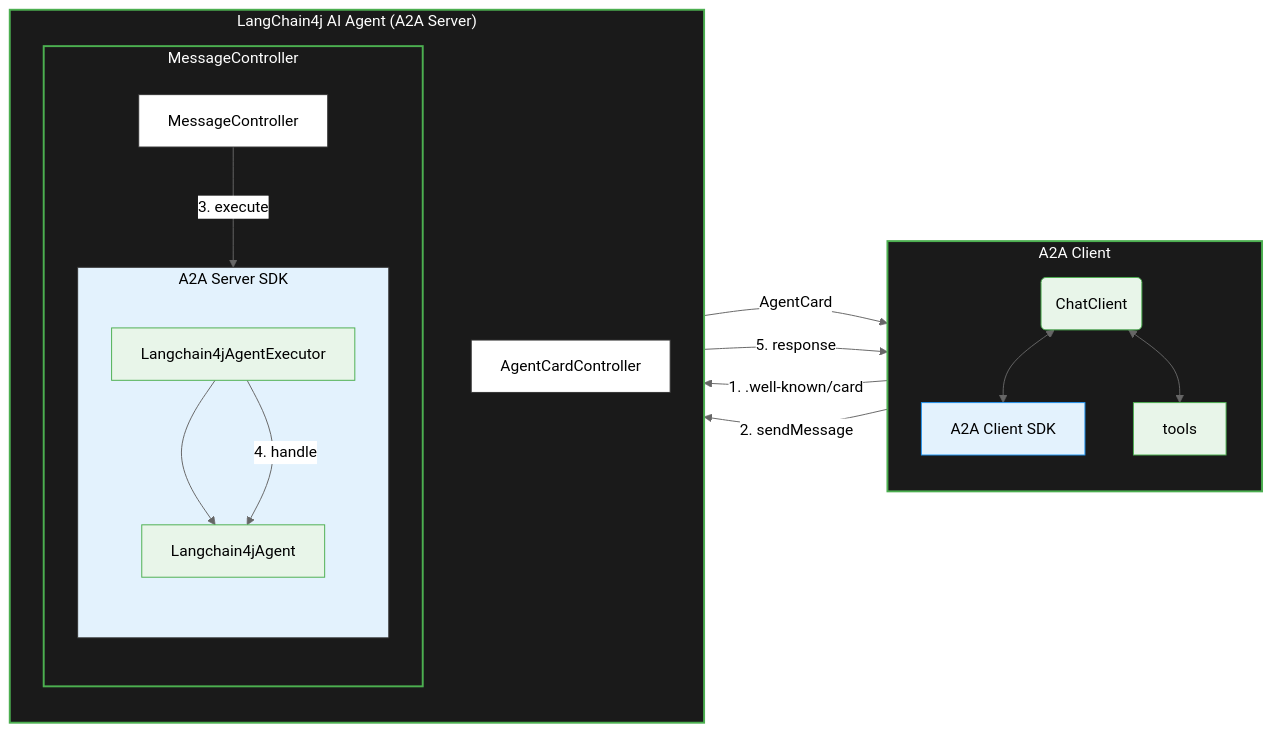
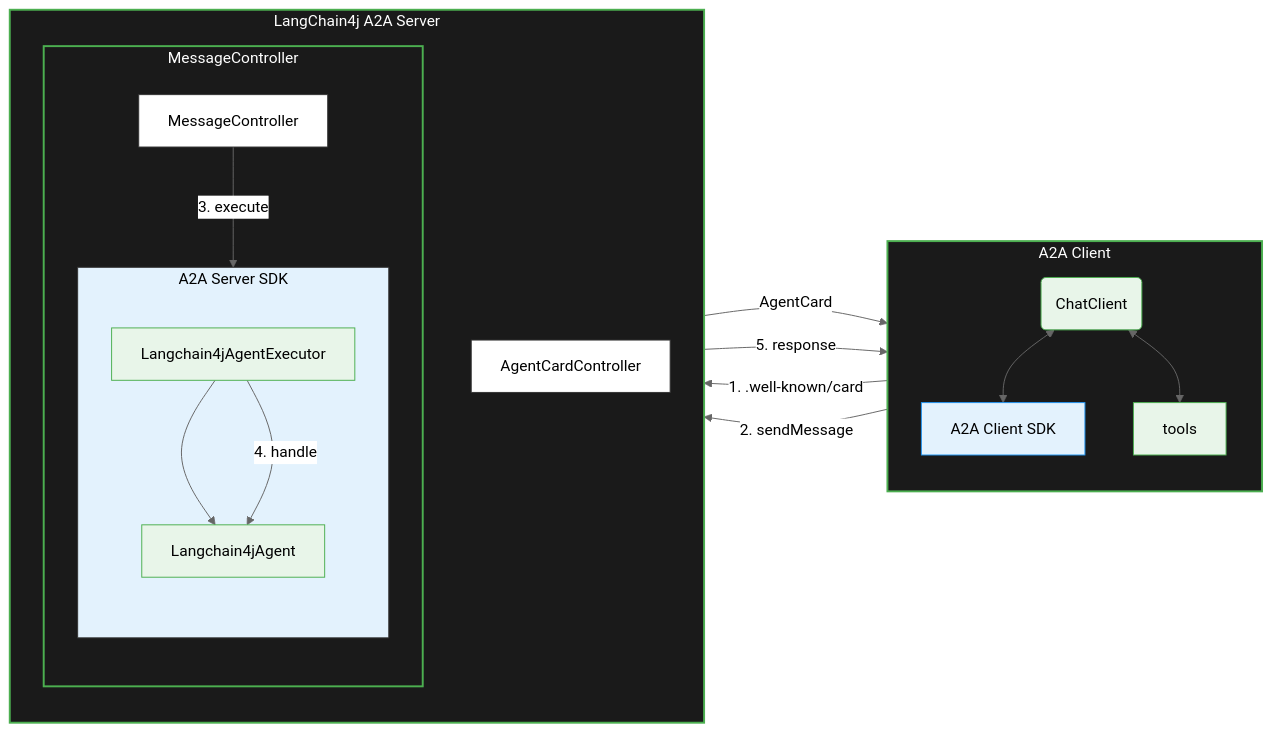
One commit to ashok-mac/ashok-mac.github.io changed the diagram in _posts/2026-04-12-a2a-langchain4j-spring.md. Above: the diagram before and after it, drawn with Mermaid (neutral theme). The commit also changed other lines of this file and 1 other file, not shown here.

Commit message:
Added Themes

````diff
--- a/_posts/2026-04-12-a2a-langchain4j-spring.md
+++ b/_posts/2026-04-12-a2a-langchain4j-spring.md
@@ -24,60 +25,60 @@
 ```mermaid 
 graph LR
     classDef clientContainer fill:#1a1a1a,stroke:#4CAF50,stroke-width:2px,color:#fff;
     classDef serverContainer fill:#1a1a1a,stroke:#4CAF50,stroke-width:2px,color:#fff;
     classDef component fill:#fff,stroke:#333,stroke-width:1px,color:#000;
     classDef greenBox fill:#e8f5e9,stroke:#4CAF50,stroke-width:1px,color:#000;
     classDef blueBox fill:#e3f2fd,stroke:#2196F3,stroke-width:1px,color:#000;
     classDef internalBox fill:#e3f2fd,stroke:#333,stroke-width:1px,color:#000;
 
     subgraph Client ["A2A Client"]
         direction TB
         ClientSDK[A2A Client SDK]:::blueBox
         ChatClient(ChatClient):::greenBox
         Tools[tools]:::greenBox
         
         ChatClient <--> Tools
         ChatClient <--> ClientSDK
     end
 
-    subgraph Server ["LangChain4j AI Agent (A2A Server)"]
+    subgraph Server ["LangChain4j A2A Server"]
         direction TB
         AgentCardController[AgentCardController]:::component
         
         subgraph MC_Group ["MessageController"]
             direction TB
             MC_Node[MessageController]:::component
             
             subgraph ServerSDK ["A2A Server SDK"]
                 direction TB
                 Langchain4jAgentExecutor[Langchain4jAgentExecutor]:::greenBox
                 Langchain4jAgent[Langchain4jAgent]:::greenBox
                 
                 Langchain4jAgentExecutor --> Langchain4jAgent
             end
         end
     end
 
     %% Step 1
     ClientSDK -- "1. .well-known/card" --> AgentCardController
     
     %% Step 2
     AgentCardController -- "AgentCard" --> ClientSDK
     
     %% Step 3 (External)
     ClientSDK -- "2. sendMessage" --> MC_Node
     
     %% Step 3 (Internal Execution)
     MC_Node -- "3. execute" --> Langchain4jAgentExecutor
     
     %% Step 4
     Langchain4jAgentExecutor -- "4. handle" --> Langchain4jAgent
     
     %% Step 5
     Langchain4jAgent -- "5. response" --> ClientSDK
 
     class Client,Server clientContainer;
     class MC_Group serverContainer;
     class ServerSDK internalBox;
 
 ```
````
